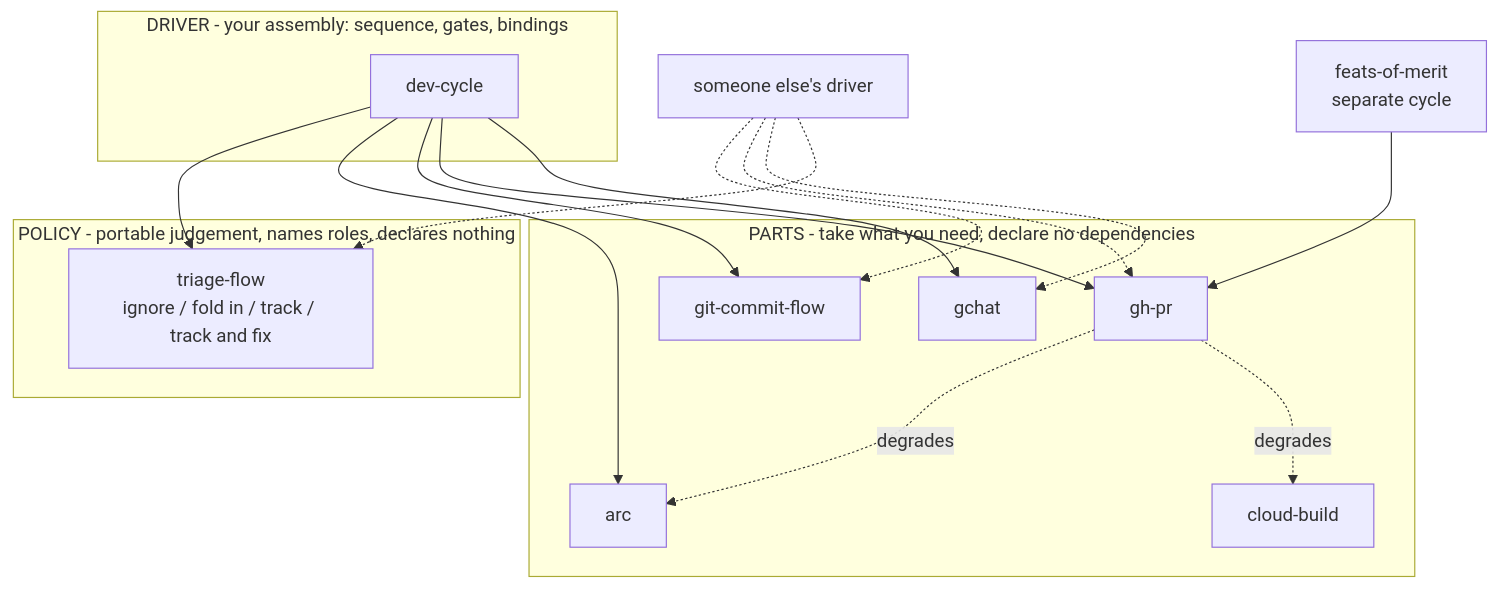
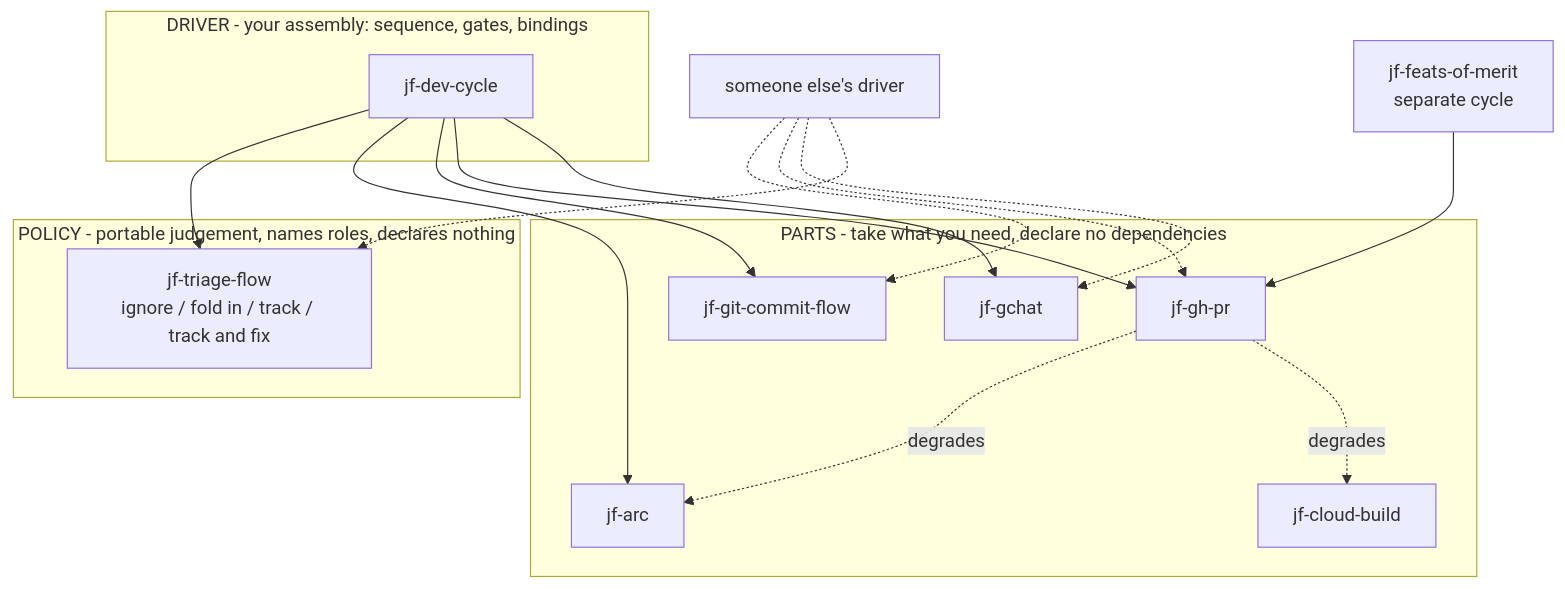
One commit to benjfactor/dotfiles changed the first of 2 diagrams in docs/plans/2026-08-28-001-feat-claude-plugin-packaging-plan.md. Above: the diagram before and after it, drawn with Mermaid. The commit also changed other lines of this file, not shown here.

````diff
--- a/docs/plans/2026-08-28-001-feat-claude-plugin-packaging-plan.md
+++ b/docs/plans/2026-08-28-001-feat-claude-plugin-packaging-plan.md
@@ -52,31 +54,31 @@
 ```mermaid
 flowchart TD
     subgraph parts["PARTS - take what you need, declare no dependencies"]
-        gchat["gchat"]
-        arc["arc"]
-        cb["cloud-build"]
-        commit["git-commit-flow"]
-        ghpr["gh-pr"]
+        gchat["jf-gchat"]
+        arc["jf-arc"]
+        cb["jf-cloud-build"]
+        commit["jf-git-commit-flow"]
+        ghpr["jf-gh-pr"]
     end
     subgraph policy["POLICY - portable judgement, names roles, declares nothing"]
-        triage["triage-flow<br/>ignore / fold in / track / track and fix"]
+        triage["jf-triage-flow<br/>ignore / fold in / track / track and fix"]
     end
     subgraph driver["DRIVER - your assembly: sequence, gates, bindings"]
-        cycle["dev-cycle"]
+        cycle["jf-dev-cycle"]
     end
     theirs["someone else's driver"]
-    merit["feats-of-merit<br/>separate cycle"]
+    merit["jf-feats-of-merit<br/>separate cycle"]
 
     cycle --> gchat
     cycle --> ghpr
     cycle --> commit
     cycle --> arc
     cycle --> triage
     merit --> ghpr
     ghpr -. degrades .-> cb
     ghpr -. degrades .-> arc
     theirs -.-> triage
     theirs -.-> gchat
     theirs -.-> ghpr
     theirs -.-> commit
 ```
````
